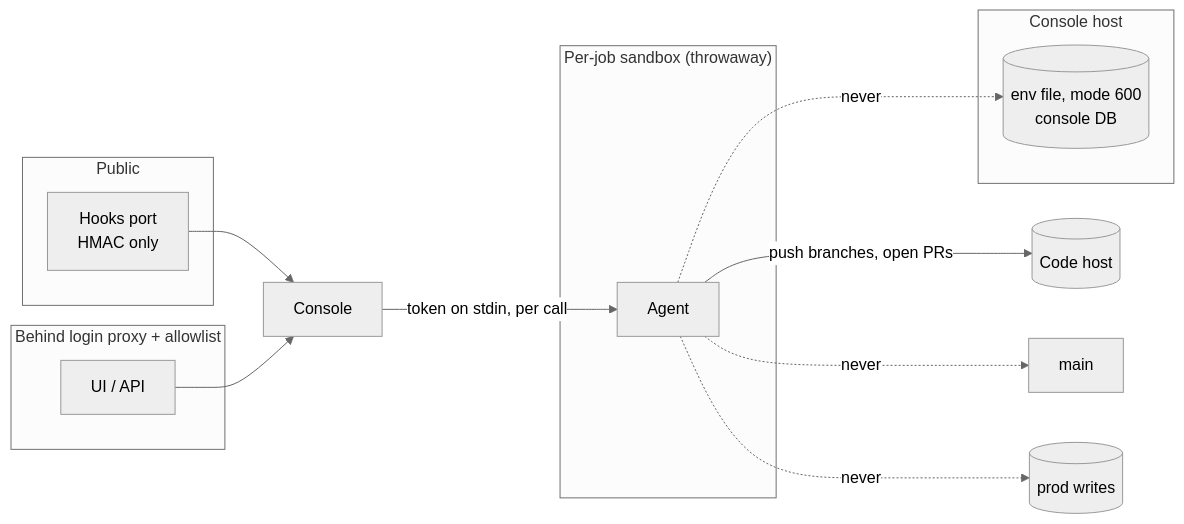
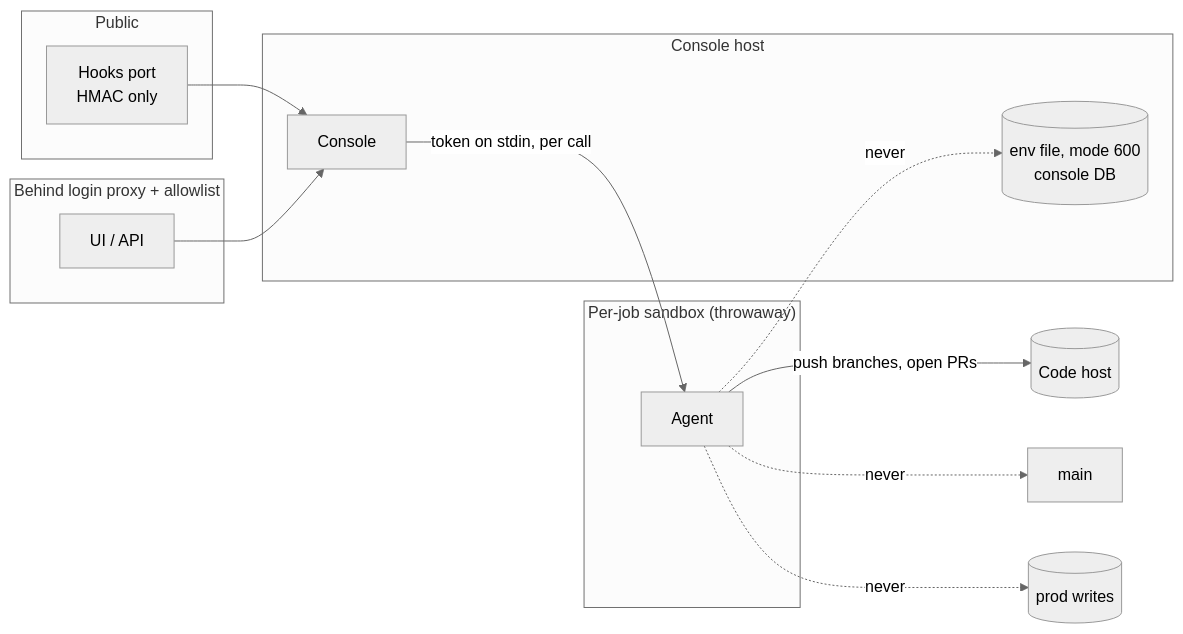
The first of 2 diagrams in docs/10-security-and-billing.md (alairock/agent-console-spec), drawn with Mermaid (neutral theme) before and after one commit. The commit also changed 4 other files, not shown here.

Commit message:
Fix a diagram, tighten claims, correct bot-PR and billing-guard details

````diff
--- a/docs/10-security-and-billing.md
+++ b/docs/10-security-and-billing.md
@@ -19,22 +19,23 @@
 ```mermaid
 flowchart LR
   subgraph Public
     H[Hooks port<br/>HMAC only]
   end
   subgraph Private["Behind login proxy + allowlist"]
     UI[UI / API]
   end
-  subgraph Console host
+  subgraph CH0["Console host"]
+    CON[Console]
     SEC[(env file, mode 600<br/>console DB)]
   end
   subgraph Sandbox["Per-job sandbox (throwaway)"]
     AG[Agent]
   end
-  H --> Console
-  UI --> Console
-  Console -->|token on stdin, per call| AG
+  H --> CON
+  UI --> CON
+  CON -->|token on stdin, per call| AG
   AG -. never .-> SEC
   AG -->|push branches, open PRs| CH[(Code host)]
   AG -. never .-> MAIN[main]
   AG -. never .-> PROD[(prod writes)]
 ```
````
